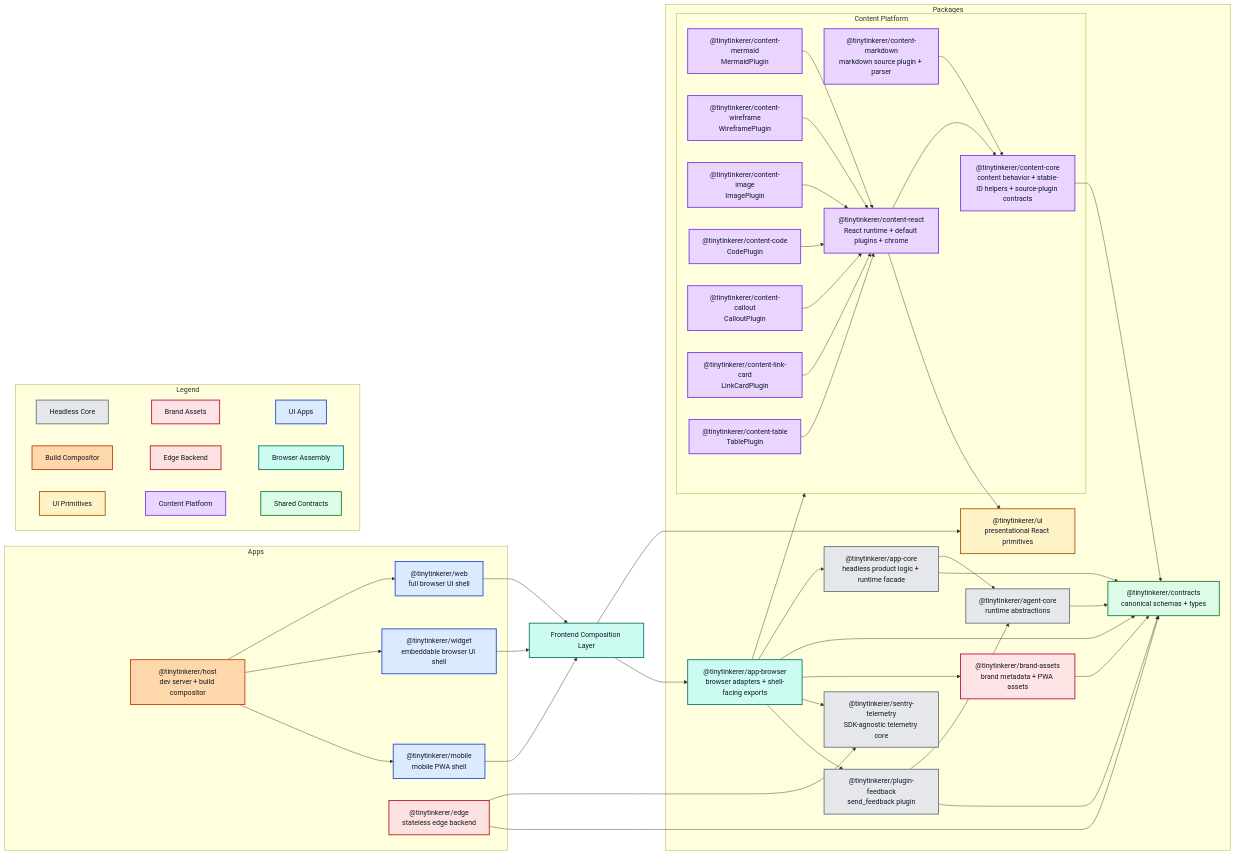
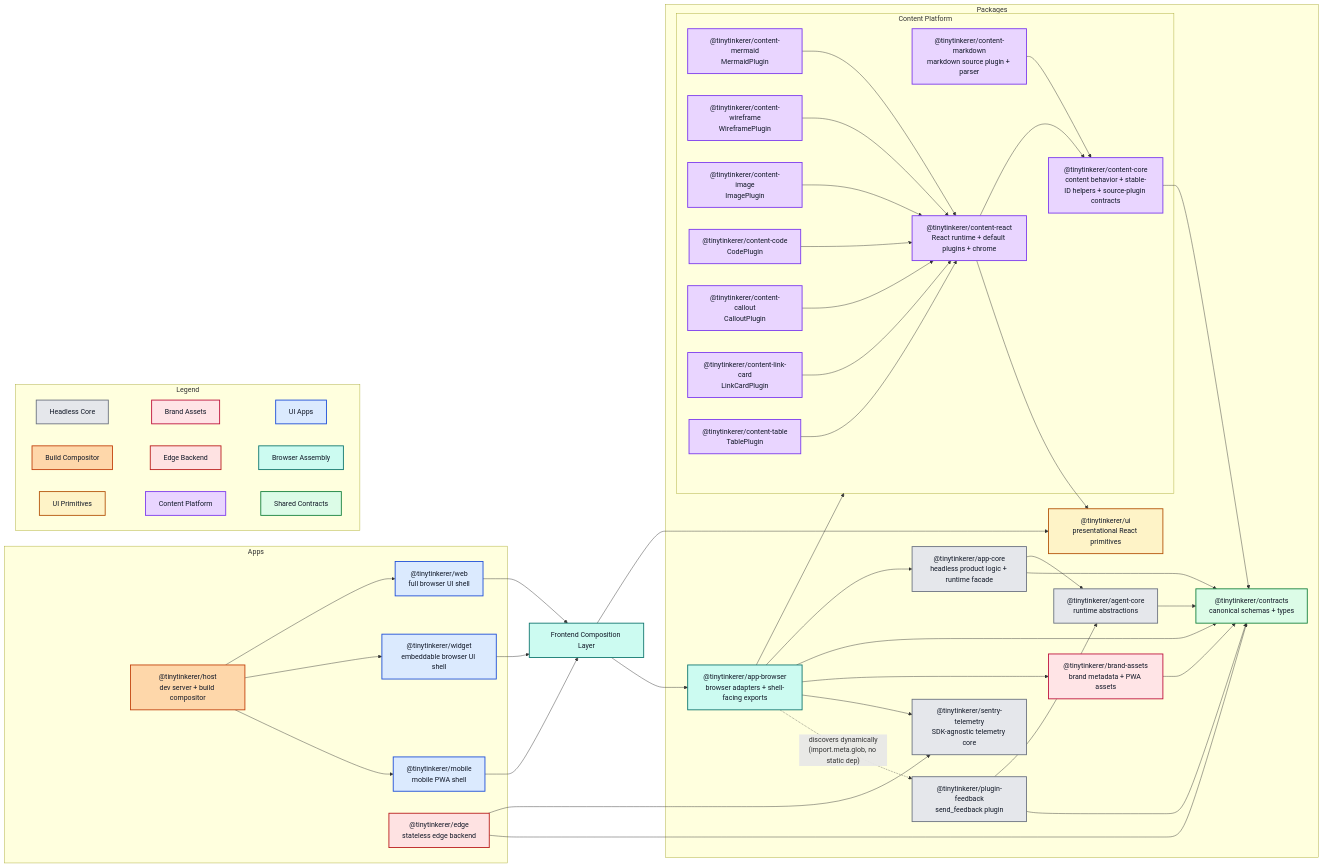
One commit to NNTin/tinytinkerer changed the diagram in docs/ARCHITECTURE.md. Above: the diagram before and after it, drawn with Mermaid. The commit also changed other lines of this file and 15 other files, not shown here.

```diff
--- a/docs/ARCHITECTURE.md
+++ b/docs/ARCHITECTURE.md
@@ -93,7 +93,7 @@
   appbrowser --> contracts
   appbrowser --> brand
   appbrowser --> sentrytelemetry
-  appbrowser --> pluginfeedback
+  appbrowser -. "discovers dynamically<br/>(import.meta.glob, no static dep)" .-> pluginfeedback
 
   pluginfeedback --> agent
   pluginfeedback --> contracts
```
